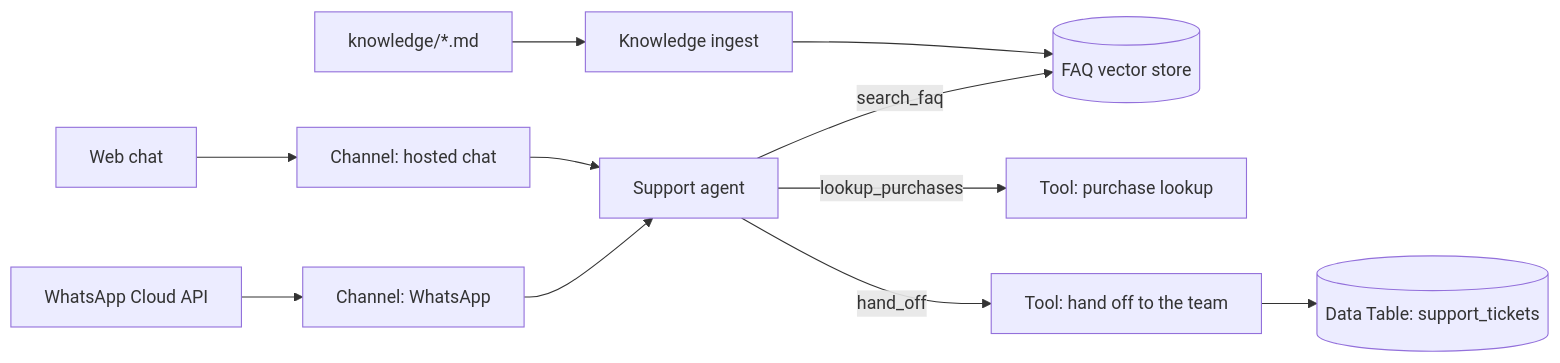
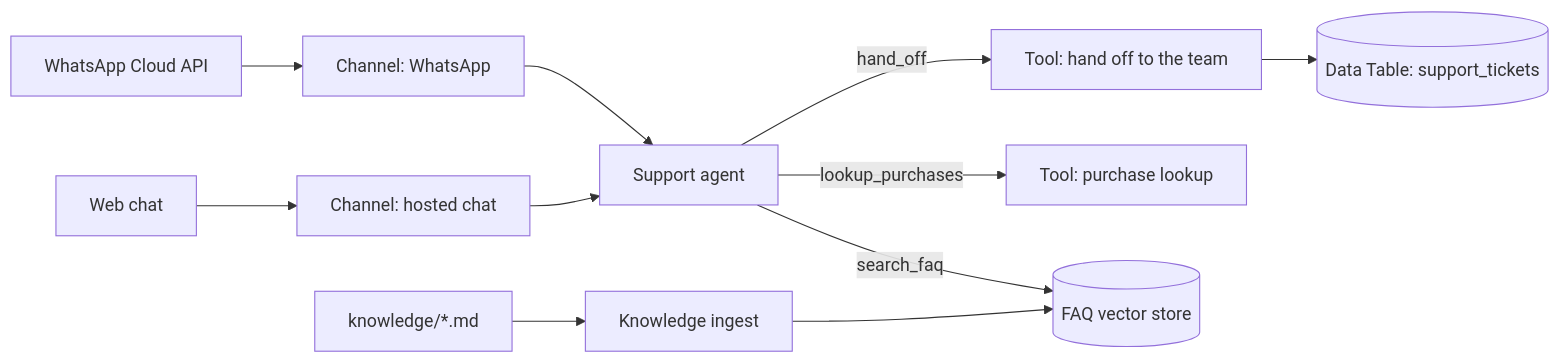
Before and after one commit to babymum7/n8n-whatsapp-support-agent: the diagram in README.md, drawn with Mermaid. The commit also changed other lines of this file, not shown here.

Commit message:
Reorder the architecture diagram so GitHub's zoom controls don't cover a node

````diff
--- a/README.md
+++ b/README.md
@@ -28,12 +28,12 @@
 ```mermaid
 flowchart LR
   wa["WhatsApp Cloud API"] --> cw["Channel: WhatsApp"]
   web["Web chat"] --> cc["Channel: hosted chat"]
   cw --> agent["Support agent"]
   cc --> agent
-  agent -- search_faq --> store[("FAQ vector store")]
-  agent -- lookup_purchases --> lookup["Tool: purchase lookup"]
   agent -- hand_off --> handoff["Tool: hand off to the team"]
   handoff --> tickets[("Data Table: support_tickets")]
+  agent -- lookup_purchases --> lookup["Tool: purchase lookup"]
+  agent -- search_faq --> store[("FAQ vector store")]
   docs["knowledge/*.md"] --> ingest["Knowledge ingest"] --> store
 ```
````
